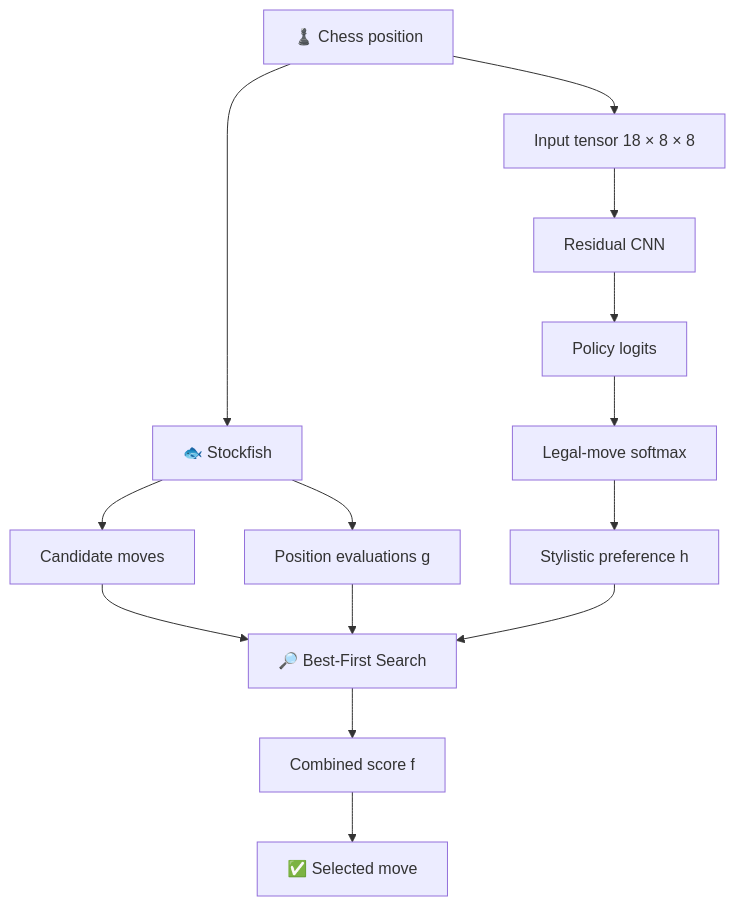
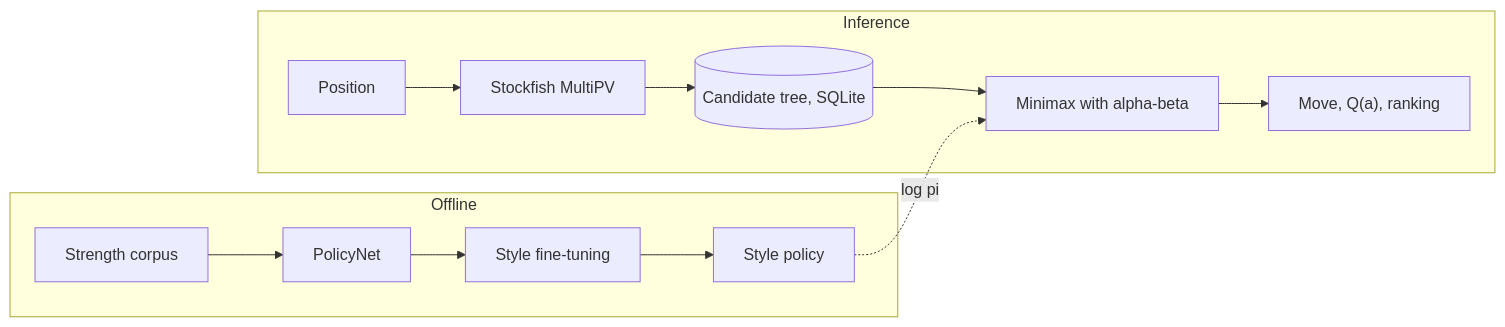
The first of 2 diagrams in README.md (KuroshiD/KAIROS), drawn with Mermaid before and after one commit. The commit also changed other lines of this file, not shown here.

````diff
--- a/README.md
+++ b/README.md
@@ -117,18 +92,12 @@
 ```mermaid
-flowchart TD
-    P["♟️ Chess position"] --> X["Input tensor 18 × 8 × 8"]
-    X --> CNN["Residual CNN"]
-    CNN --> L["Policy logits"]
-    L --> SM["Legal-move softmax"]
-    SM --> H["Stylistic preference h"]
-
-    P --> SF["🐟 Stockfish"]
-    SF --> C["Candidate moves"]
-    SF --> G["Position evaluations g"]
-
-    C --> BFS["🔎 Best-First Search"]
-    G --> BFS
-    H --> BFS
-    BFS --> F["Combined score f"]
-    F --> M["✅ Selected move"]
+flowchart LR
+    subgraph Offline
+        A["Strength corpus"] --> B["PolicyNet"] --> C["Style fine-tuning"] --> D["Style policy"]
+    end
+    subgraph Inference
+        X["Position"] --> SF["Stockfish MultiPV"] --> T[("Candidate tree, SQLite")]
+        T --> M["Minimax with alpha-beta"]
+        D -. "log pi" .-> M
+        M --> R["Move, Q(a), ranking"]
+    end
 ```
````
